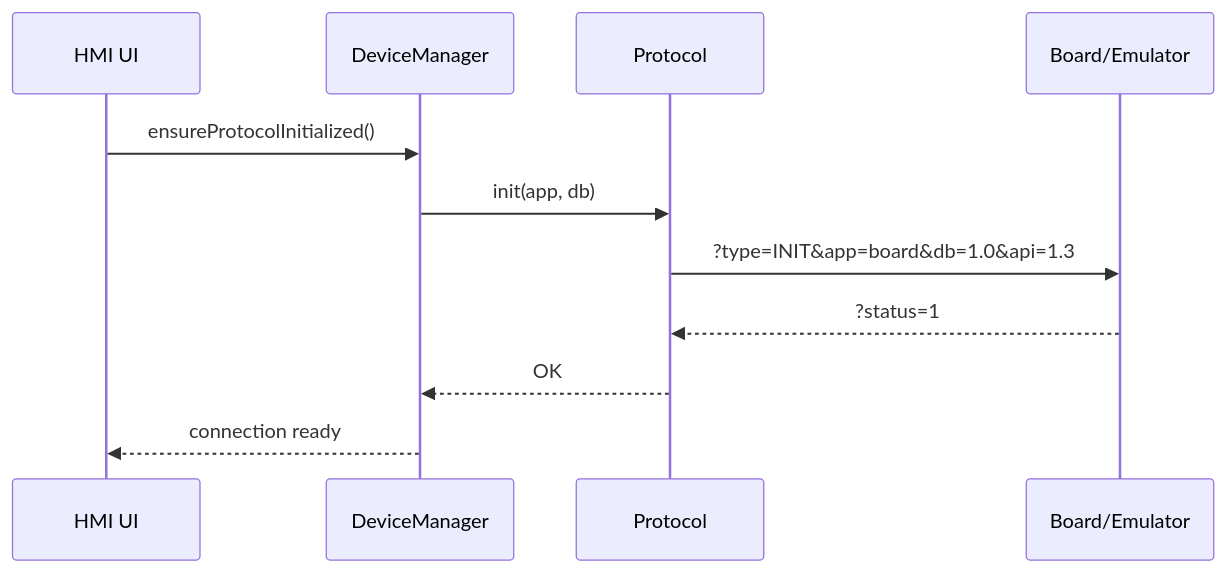
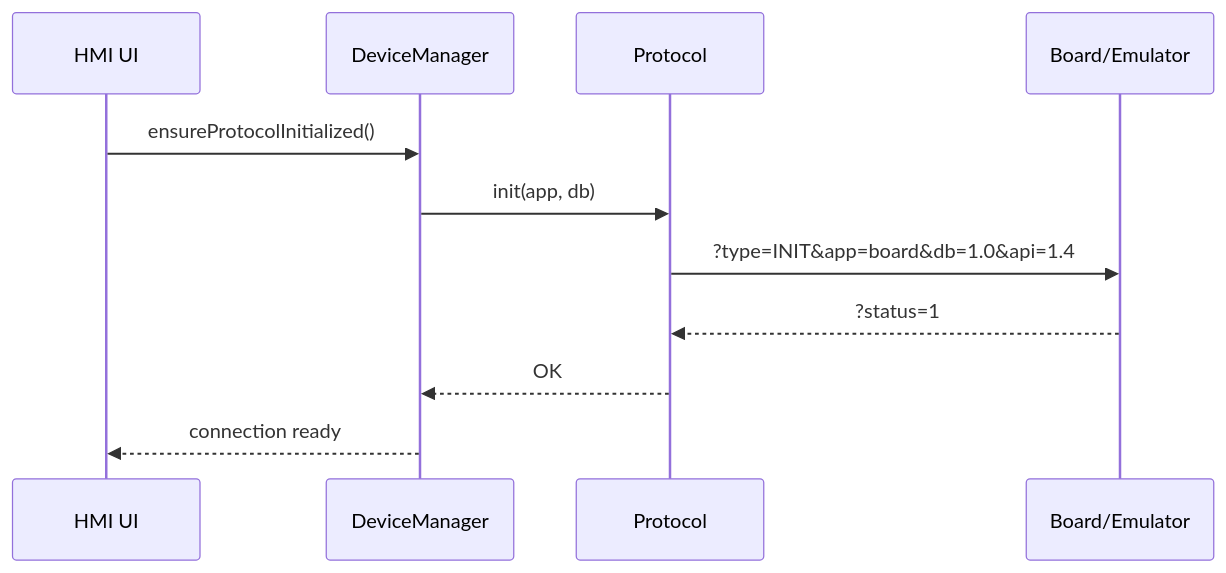
The first of 4 diagrams in docs/PROTOCOL_CZ.md (sgtkingo/SignalTwinProject), drawn with Mermaid before and after one commit. The commit also changed other lines of this file and 96 other files, not shown here.

````diff
--- a/docs/PROTOCOL_CZ.md
+++ b/docs/PROTOCOL_CZ.md
@@ -411,14 +411,14 @@
 ```mermaid
 sequenceDiagram
     participant UI as HMI UI
     participant DM as DeviceManager
     participant P as Protocol
     participant HW as Board/Emulator
 
     UI->>DM: ensureProtocolInitialized()
     DM->>P: init(app, db)
-    P->>HW: ?type=INIT&app=board&db=1.0&api=1.3
+    P->>HW: ?type=INIT&app=board&db=1.0&api=1.4
     HW-->>P: ?status=1
     P-->>DM: OK
     DM-->>UI: connection ready
 ```
````
